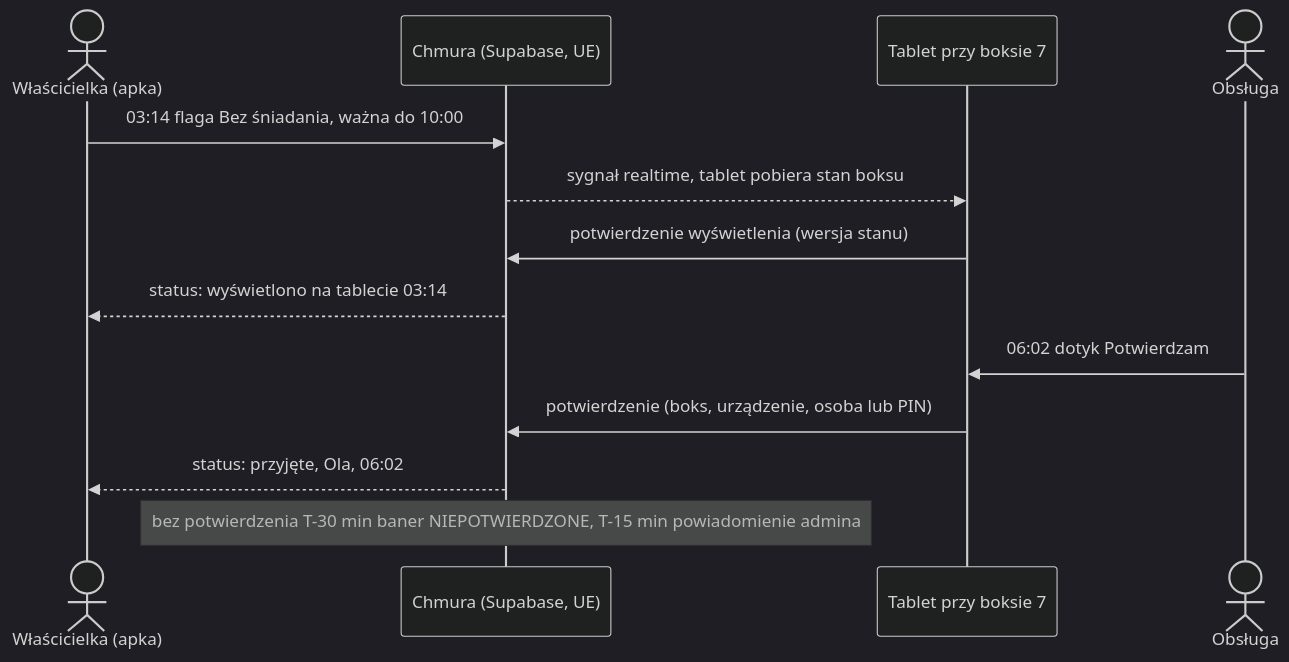
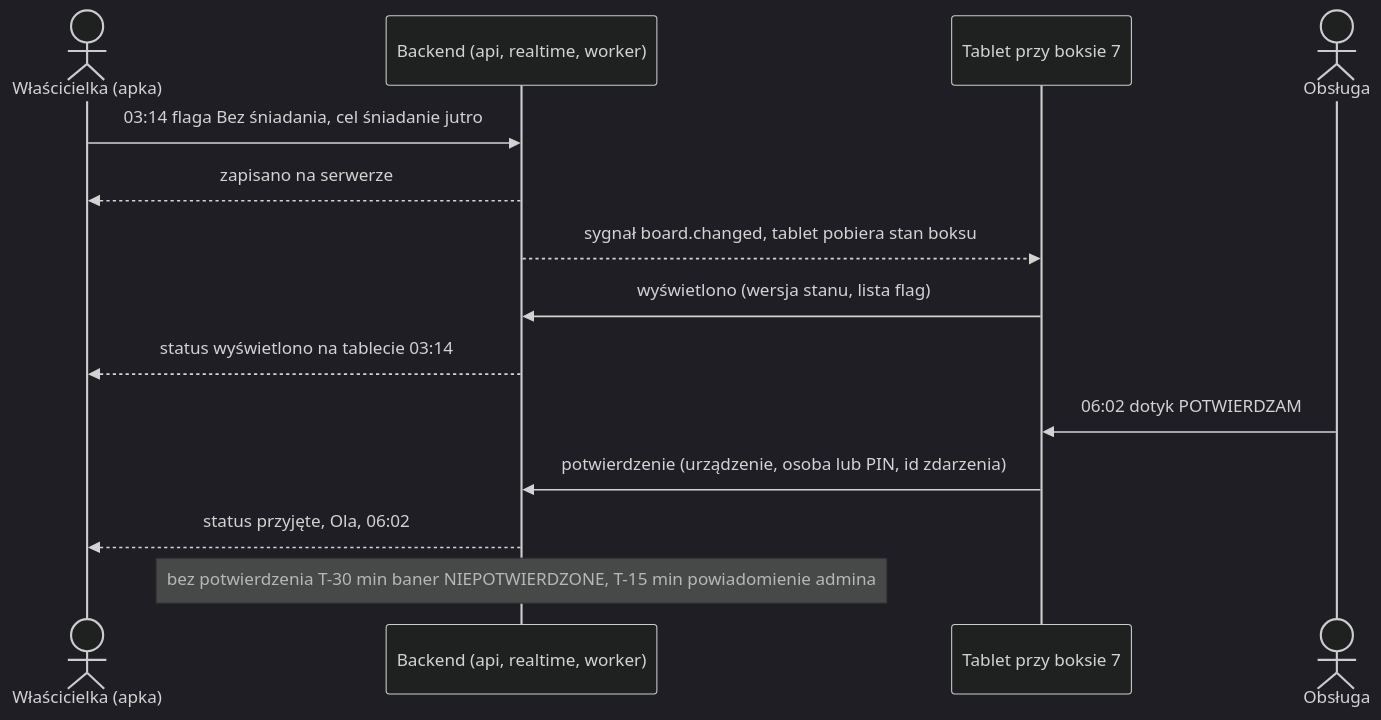
One commit to ClewlerStudent/KonskaAppka changed the first of 12 diagrams in docs/analiza.md. Above: the diagram before and after it, drawn with Mermaid (dark theme). The commit also changed other lines of this file, not shown here.

````diff
--- a/docs/analiza.md
+++ b/docs/analiza.md
@@ -34,15 +54,16 @@
 ```mermaid
 sequenceDiagram
     actor W as Właścicielka (apka)
-    participant S as Chmura (Supabase, UE)
+    participant S as Backend (api, realtime, worker)
     participant T as Tablet przy boksie 7
     actor O as Obsługa
-    W->>S: 03:14 flaga Bez śniadania, ważna do 10:00
-    S-->>T: sygnał realtime, tablet pobiera stan boksu
-    T->>S: potwierdzenie wyświetlenia (wersja stanu)
-    S-->>W: status: wyświetlono na tablecie 03:14
-    O->>T: 06:02 dotyk Potwierdzam
-    T->>S: potwierdzenie (boks, urządzenie, osoba lub PIN)
-    S-->>W: status: przyjęte, Ola, 06:02
+    W->>S: 03:14 flaga Bez śniadania, cel śniadanie jutro
+    S-->>W: zapisano na serwerze
+    S-->>T: sygnał board.changed, tablet pobiera stan boksu
+    T->>S: wyświetlono (wersja stanu, lista flag)
+    S-->>W: status wyświetlono na tablecie 03:14
+    O->>T: 06:02 dotyk POTWIERDZAM
+    T->>S: potwierdzenie (urządzenie, osoba lub PIN, id zdarzenia)
+    S-->>W: status przyjęte, Ola, 06:02
     Note over S: bez potwierdzenia T-30 min baner NIEPOTWIERDZONE, T-15 min powiadomienie admina
 ```
````
